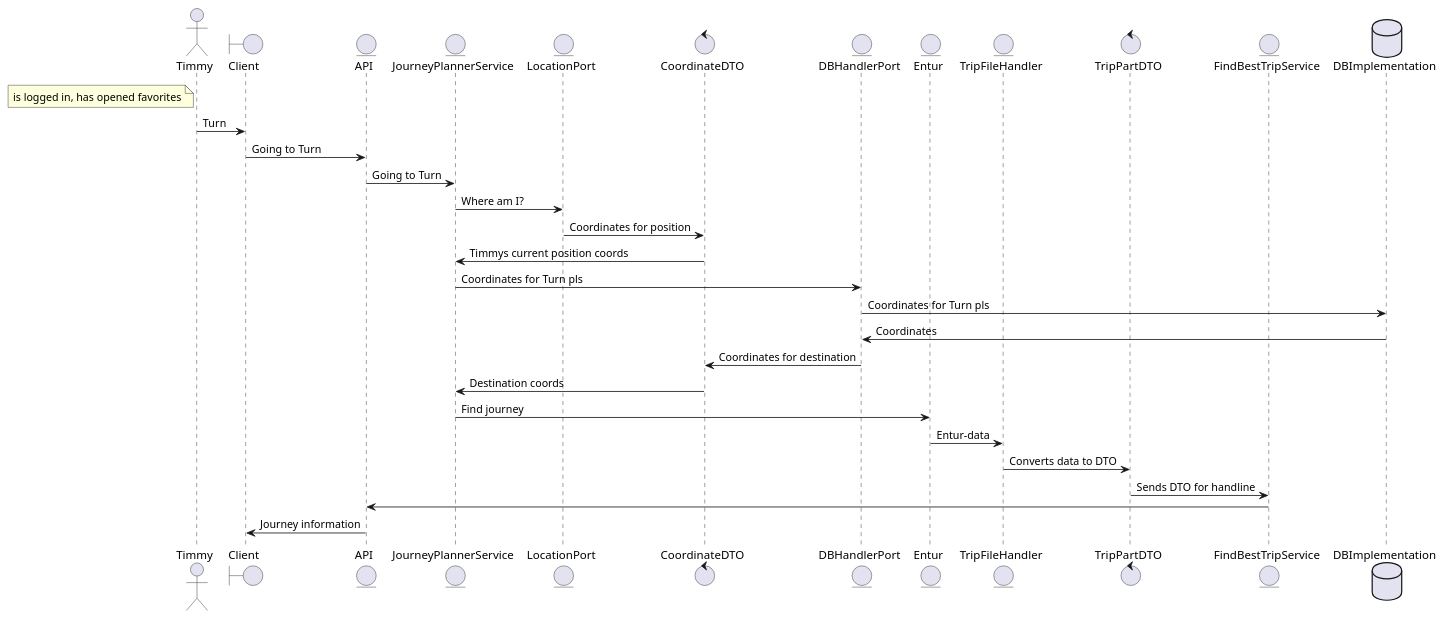
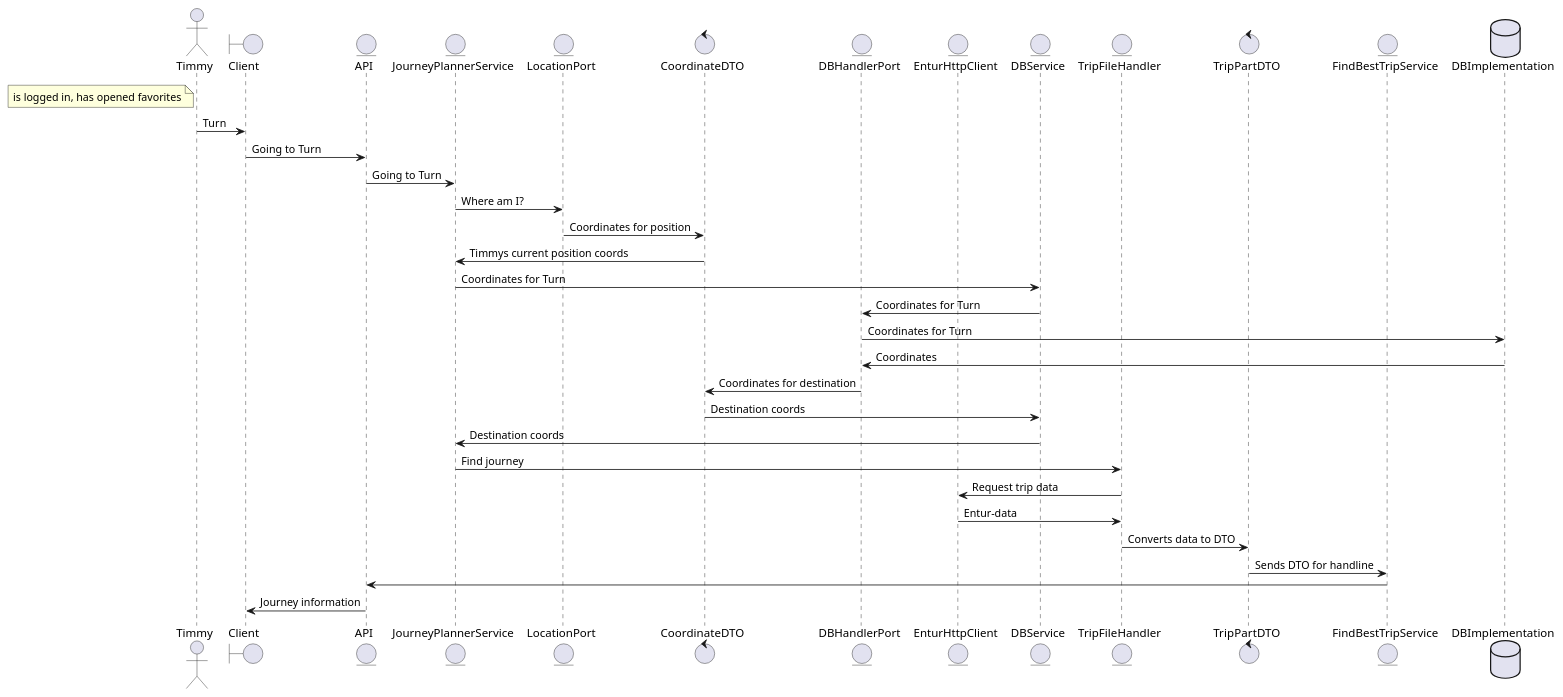
The diagram in PlantUML/timmyMottarDestinasjonFraMor.puml (ditmann/Software-Gruppe-2), drawn with PlantUML before and after one commit.

Commit message:
endret på plant UML

```diff
--- a/PlantUML/timmyMottarDestinasjonFraMor.puml
+++ b/PlantUML/timmyMottarDestinasjonFraMor.puml
@@ -1,44 +1,47 @@
 @startuml
 'https://plantuml.com/sequence-diagram
 
 actor Timmy
 boundary Client
 entity API
 entity JourneyPlannerService as jps
 entity LocationPort
 control CoordinateDTO as cdto
 entity DBHandlerPort as dbh
-entity Entur
+entity EnturHttpClient as Entur
+entity DBService as dbs
 entity TripFileHandler
 control TripPartDTO as tpdto
 entity FindBestTripService as bts
 database DBImplementation as dbi
 
 
 '------------'
 
 note left of Timmy: is logged in, has opened favorites
 Timmy -> Client: Turn
 
 Client -> API: Going to Turn
 API -> jps: Going to Turn
 
 jps -> LocationPort: Where am I?
 LocationPort -> cdto: Coordinates for position
 cdto -> jps: Timmys current position coords
 
-jps -> dbh: Coordinates for Turn pls
-dbh -> dbi: Coordinates for Turn pls
+jps -> dbs: Coordinates for Turn 
+dbs -> dbh: Coordinates for Turn 
+dbh -> dbi: Coordinates for Turn 
 dbi -> dbh: Coordinates
 dbh -> cdto: Coordinates for destination
-cdto -> jps: Destination coords
-
-jps -> Entur: Find journey
+cdto -> dbs: Destination coords
+dbs -> jps: Destination coords
+jps -> TripFileHandler: Find journey
+TripFileHandler -> Entur: Request trip data
 Entur -> TripFileHandler: Entur-data
 TripFileHandler -> tpdto: Converts data to DTO
 tpdto -> bts: Sends DTO for handline
 bts -> API
 API -> Client: Journey information
 
 
 @enduml
```
